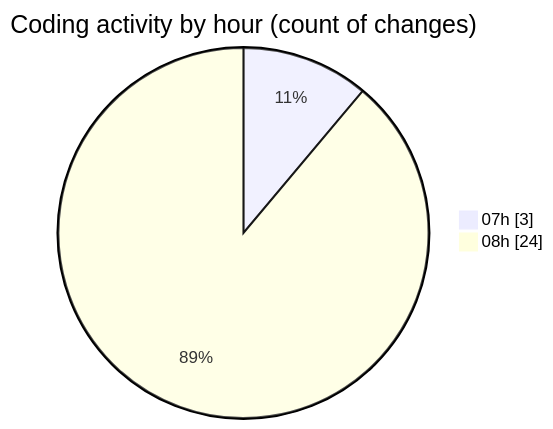
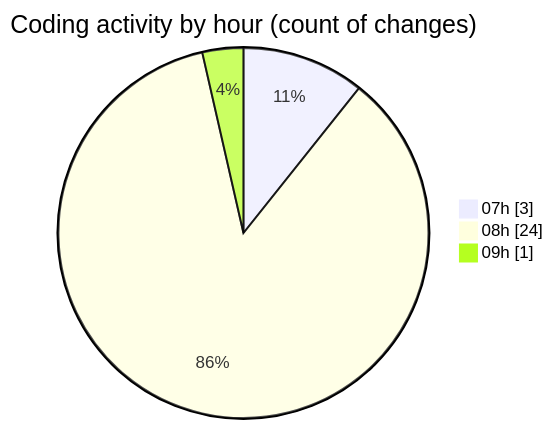
The second of 2 diagrams in 2026-02-20/bot_i_a/README.md (becaeroporto-bot/code-tracking), drawn with Mermaid before and after one commit. The commit also changed other lines of this file and 1 other file, not shown here.

````diff
--- a/2026-02-20/bot_i_a/README.md
+++ b/2026-02-20/bot_i_a/README.md
@@ -38,6 +39,7 @@
 ```mermaid
 pie showData
 title Coding activity by hour (count of changes)
 "07h" : 3
 "08h" : 24
+"09h" : 1
 ```
````
